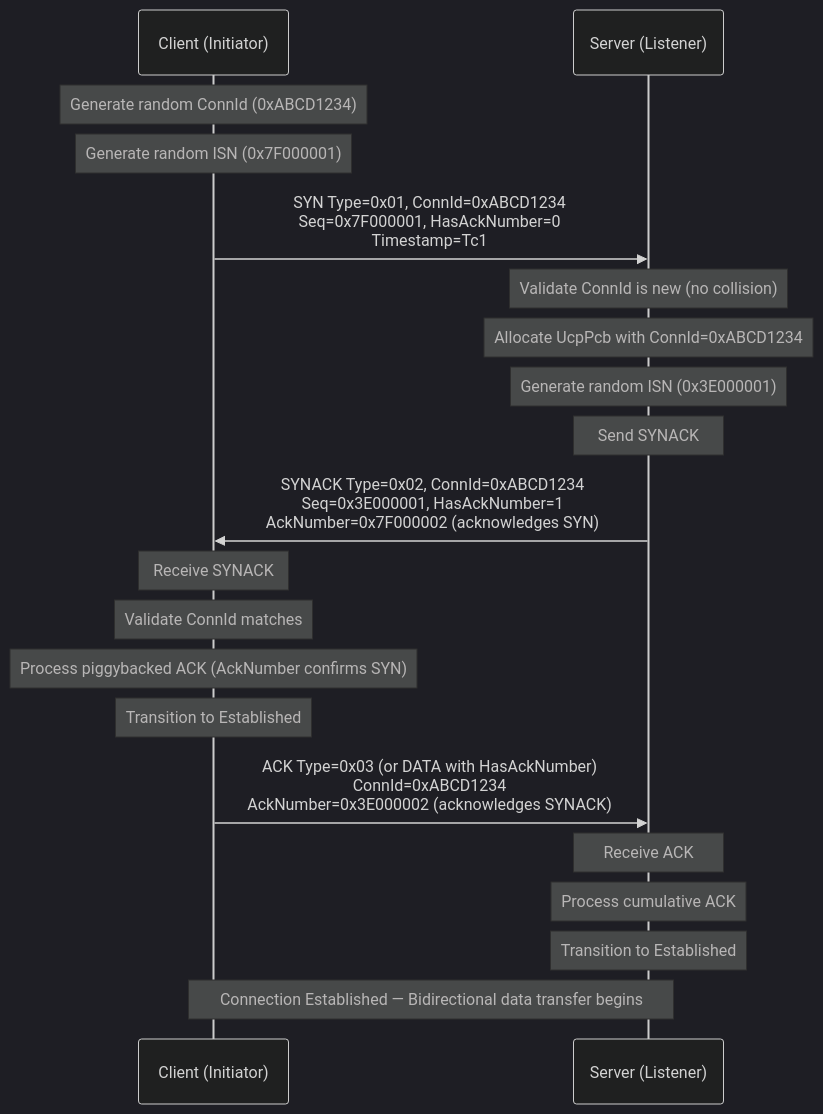
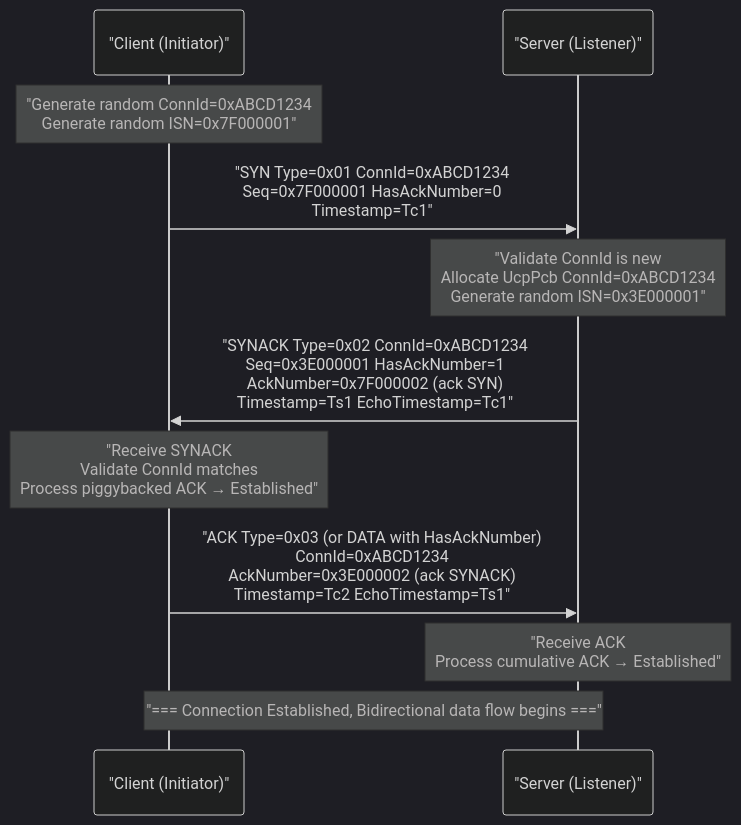
The fifth of 9 diagrams in docs/protocol.md (liulilittle/ucp), drawn with Mermaid (dark theme) before and after one commit. The commit also changed other lines of this file and 43 other files, not shown here.

````diff
--- a/docs/protocol.md
+++ b/docs/protocol.md
@@ -235,30 +243,21 @@
 ```mermaid
 sequenceDiagram
-    participant C as Client (Initiator)
-    participant S as Server (Listener)
-
-    Note over C: Generate random ConnId (0xABCD1234)
-    Note over C: Generate random ISN (0x7F000001)
-
-    C->>S: SYN Type=0x01, ConnId=0xABCD1234<br/>Seq=0x7F000001, HasAckNumber=0<br/>Timestamp=Tc1
-
-    Note over S: Validate ConnId is new (no collision)
-    Note over S: Allocate UcpPcb with ConnId=0xABCD1234
-    Note over S: Generate random ISN (0x3E000001)
-    Note over S: Send SYNACK
-
-    S->>C: SYNACK Type=0x02, ConnId=0xABCD1234<br/>Seq=0x3E000001, HasAckNumber=1<br/>AckNumber=0x7F000002 (acknowledges SYN)
-
-    Note over C: Receive SYNACK
-    Note over C: Validate ConnId matches
-    Note over C: Process piggybacked ACK (AckNumber confirms SYN)
-    Note over C: Transition to Established
-
-    C->>S: ACK Type=0x03 (or DATA with HasAckNumber)<br/>ConnId=0xABCD1234<br/>AckNumber=0x3E000002 (acknowledges SYNACK)
-
-    Note over S: Receive ACK
-    Note over S: Process cumulative ACK
-    Note over S: Transition to Established
-
-    Note over C,S: Connection Established — Bidirectional data transfer begins
+    participant C as "Client (Initiator)"
+    participant S as "Server (Listener)"
+    
+    Note over C: "Generate random ConnId=0xABCD1234<br/>Generate random ISN=0x7F000001"
+    
+    C->>S: "SYN Type=0x01 ConnId=0xABCD1234<br/>Seq=0x7F000001 HasAckNumber=0<br/>Timestamp=Tc1"
+    
+    Note over S: "Validate ConnId is new<br/>Allocate UcpPcb ConnId=0xABCD1234<br/>Generate random ISN=0x3E000001"
+    
+    S->>C: "SYNACK Type=0x02 ConnId=0xABCD1234<br/>Seq=0x3E000001 HasAckNumber=1<br/>AckNumber=0x7F000002 (ack SYN)<br/>Timestamp=Ts1 EchoTimestamp=Tc1"
+    
+    Note over C: "Receive SYNACK<br/>Validate ConnId matches<br/>Process piggybacked ACK → Established"
+    
+    C->>S: "ACK Type=0x03 (or DATA with HasAckNumber)<br/>ConnId=0xABCD1234<br/>AckNumber=0x3E000002 (ack SYNACK)<br/>Timestamp=Tc2 EchoTimestamp=Ts1"
+    
+    Note over S: "Receive ACK<br/>Process cumulative ACK → Established"
+    
+    Note over C,S: "=== Connection Established, Bidirectional data flow begins ==="
 ```
````
